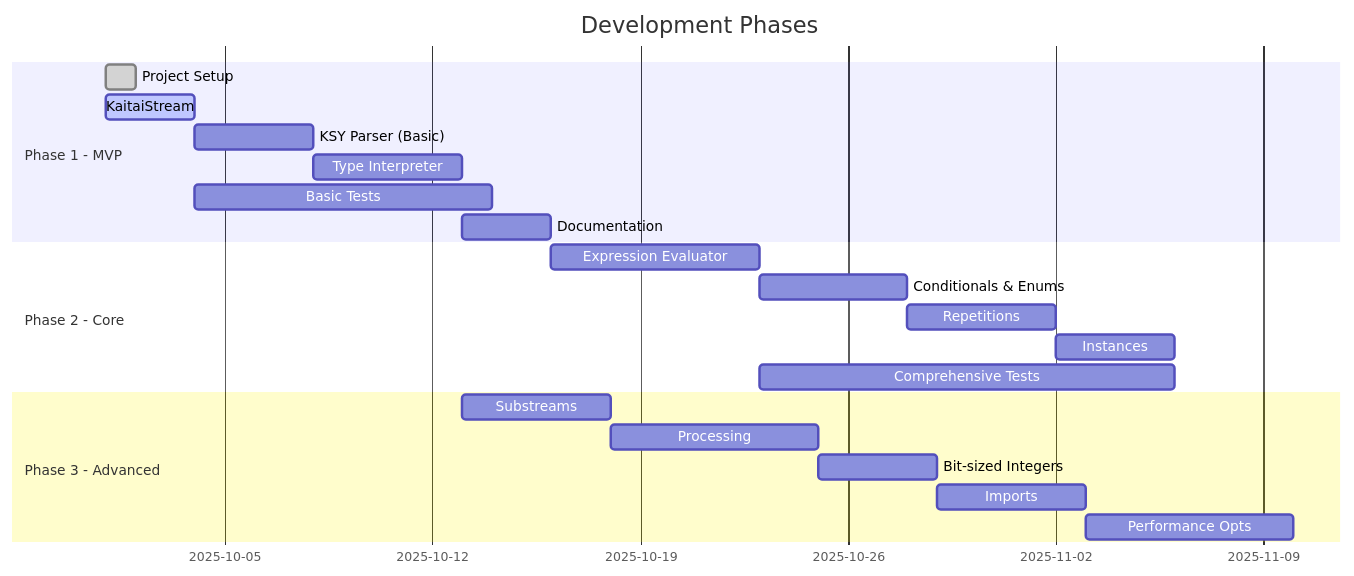
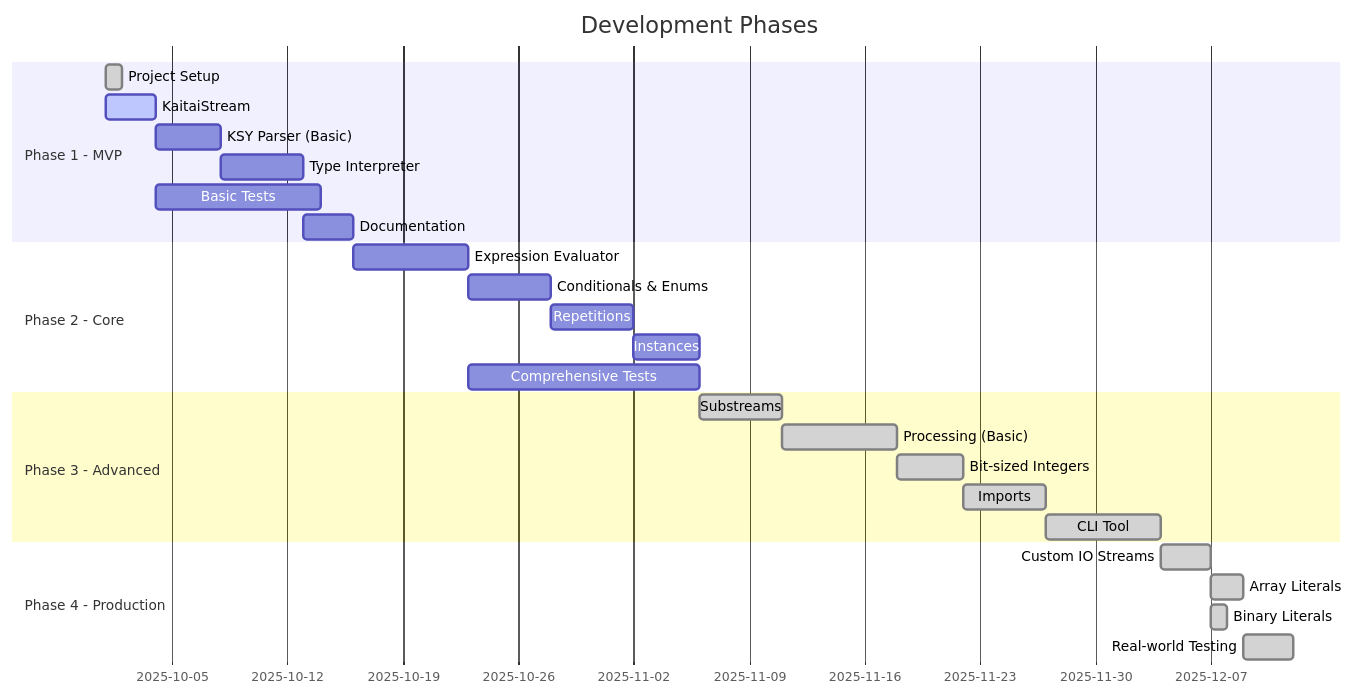
The ninth of 11 diagrams in docs/ARCHITECTURE.md (fabianopinto/kaitai-struct-ts), drawn with Mermaid before and after one commit. The commit also changed other lines of this file and 1 other file, not shown here.

First line of the commit message:
docs: update ARCHITECTURE and EXAMPLES with v0.9.0 features

````diff
--- a/docs/ARCHITECTURE.md
+++ b/docs/ARCHITECTURE.md
@@ -271,26 +271,32 @@
 ```mermaid
 gantt
     title Development Phases
     dateFormat YYYY-MM-DD
     section Phase 1 - MVP
     Project Setup           :done, p1_1, 2025-10-01, 1d
     KaitaiStream           :active, p1_2, 2025-10-01, 3d
     KSY Parser (Basic)     :p1_3, after p1_2, 4d
     Type Interpreter       :p1_4, after p1_3, 5d
     Basic Tests            :p1_5, after p1_2, 10d
     Documentation          :p1_6, after p1_4, 3d
 
     section Phase 2 - Core
     Expression Evaluator   :p2_1, after p1_6, 7d
     Conditionals & Enums   :p2_2, after p2_1, 5d
     Repetitions            :p2_3, after p2_2, 5d
     Instances              :p2_4, after p2_3, 4d
     Comprehensive Tests    :p2_5, after p2_1, 14d
 
     section Phase 3 - Advanced
-    Substreams             :p3_1, after p2_6, 5d
-    Processing             :p3_2, after p3_1, 7d
-    Bit-sized Integers     :p3_3, after p3_2, 4d
-    Imports                :p3_4, after p3_3, 5d
-    Performance Opts       :p3_5, after p3_4, 7d
+    Substreams             :done, p3_1, after p2_5, 5d
+    Processing (Basic)     :done, p3_2, after p3_1, 7d
+    Bit-sized Integers     :done, p3_3, after p3_2, 4d
+    Imports                :done, p3_4, after p3_3, 5d
+    CLI Tool               :done, p3_5, after p3_4, 7d
+    
+    section Phase 4 - Production
+    Custom IO Streams      :done, p4_1, after p3_5, 3d
+    Array Literals         :done, p4_2, after p4_1, 2d
+    Binary Literals        :done, p4_3, after p4_1, 1d
+    Real-world Testing     :done, p4_4, after p4_2, 3d
 ```
````
